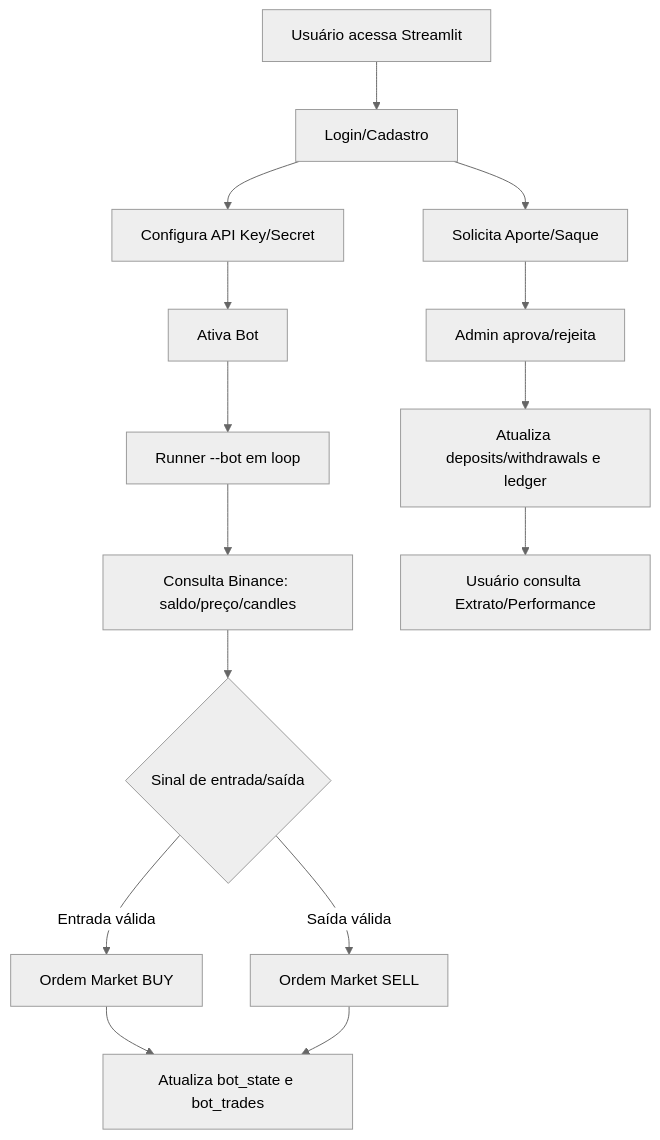
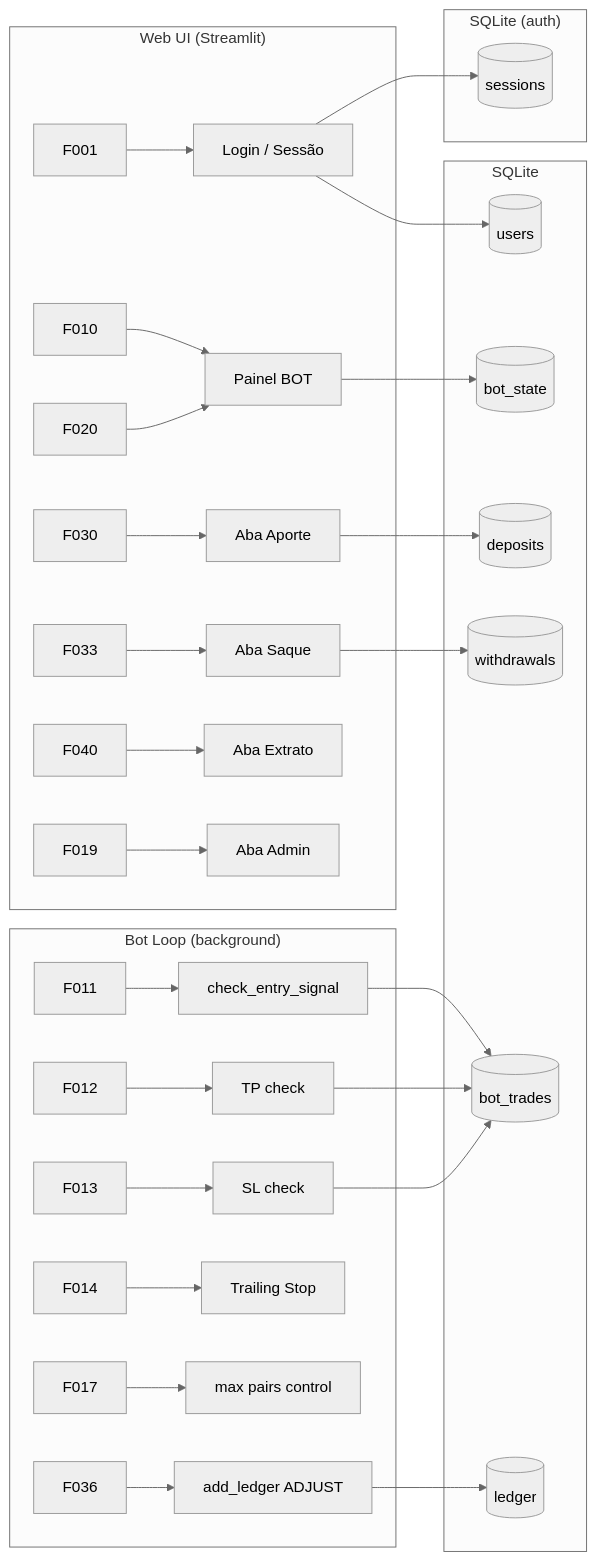
One commit to hefestox/OBS changed the diagram in docs/declaracao-escopo-aplicacao.md. Above: the diagram before and after it, drawn with Mermaid (neutral theme). The commit also changed other lines of this file and 437 other files, not shown here.

````diff
--- a/docs/declaracao-escopo-aplicacao.md
+++ b/docs/declaracao-escopo-aplicacao.md
@@ -210,17 +226,45 @@
 ```mermaid
-flowchart TD
-    A[Usuário acessa Streamlit] --> B[Login/Cadastro]
-    B --> C[Configura API Key/Secret]
-    C --> D[Ativa Bot]
-    D --> E[Runner --bot em loop]
-    E --> F[Consulta Binance: saldo/preço/candles]
-    F --> G{Sinal de entrada/saída}
-    G -->|Entrada válida| H[Ordem Market BUY]
-    G -->|Saída válida| I[Ordem Market SELL]
-    H --> J[Atualiza bot_state e bot_trades]
-    I --> J
-    B --> K[Solicita Aporte/Saque]
-    K --> L[Admin aprova/rejeita]
-    L --> M[Atualiza deposits/withdrawals e ledger]
-    M --> N[Usuário consulta Extrato/Performance]
+graph LR
+    subgraph UI["Web UI (Streamlit)"]
+        F001 --> login[Login / Sessão]
+        F010 --> panel[Painel BOT]
+        F020 --> panel
+        F030 --> deposit[Aba Aporte]
+        F033 --> withdraw[Aba Saque]
+        F040 --> extract[Aba Extrato]
+        F019 --> admin[Aba Admin]
+    end
+
+    subgraph BOT["Bot Loop (background)"]
+        F011 --> entry[check_entry_signal]
+        F012 --> exit_tp[TP check]
+        F013 --> exit_sl[SL check]
+        F014 --> trailing[Trailing Stop]
+        F017 --> limit_pairs[max pairs control]
+        F036 --> fee[add_ledger ADJUST]
+    end
+
+    subgraph DB["SQLite"]
+        users_t[(users)]
+        bot_state_t[(bot_state)]
+        bot_trades_t[(bot_trades)]
+        ledger_t[(ledger)]
+        deposits_t[(deposits)]
+        withdrawals_t[(withdrawals)]
+    end
+
+    subgraph DB2["SQLite (auth)"]
+        sessions_t[(sessions)]
+    end
+
+    login --> sessions_t
+
+    login --> users_t
+    panel --> bot_state_t
+    entry --> bot_trades_t
+    exit_tp --> bot_trades_t
+    exit_sl --> bot_trades_t
+    fee --> ledger_t
+    deposit --> deposits_t
+    withdraw --> withdrawals_t
 ```
````
